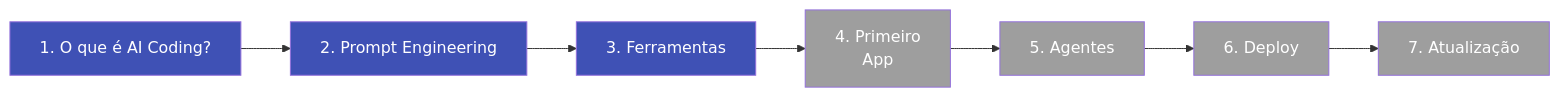
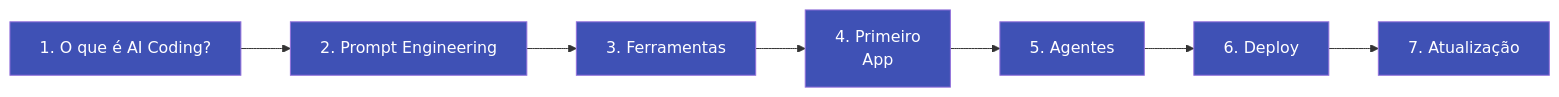
One commit to gabrielgsn/dr-dev changed the diagram in docs/modulos/index.md. Above: the diagram before and after it, drawn with Mermaid. The commit also changed other lines of this file and 6 other files, not shown here.

````diff
--- a/docs/modulos/index.md
+++ b/docs/modulos/index.md
@@ -16,17 +16,17 @@
 ```mermaid
 graph LR
     A["1. O que é AI Coding?"] --> B["2. Prompt Engineering"]
     B --> C["3. Ferramentas"]
     C --> D["4. Primeiro\nApp"]
     D --> E["5. Agentes"]
     E --> F["6. Deploy"]
     F --> G["7. Atualização"]
 
     style A fill:#3f51b5,color:#fff
     style B fill:#3f51b5,color:#fff
     style C fill:#3f51b5,color:#fff
-    style D fill:#9e9e9e,color:#fff
-    style E fill:#9e9e9e,color:#fff
-    style F fill:#9e9e9e,color:#fff
-    style G fill:#9e9e9e,color:#fff
+    style D fill:#3f51b5,color:#fff
+    style E fill:#3f51b5,color:#fff
+    style F fill:#3f51b5,color:#fff
+    style G fill:#3f51b5,color:#fff
 ```
````
